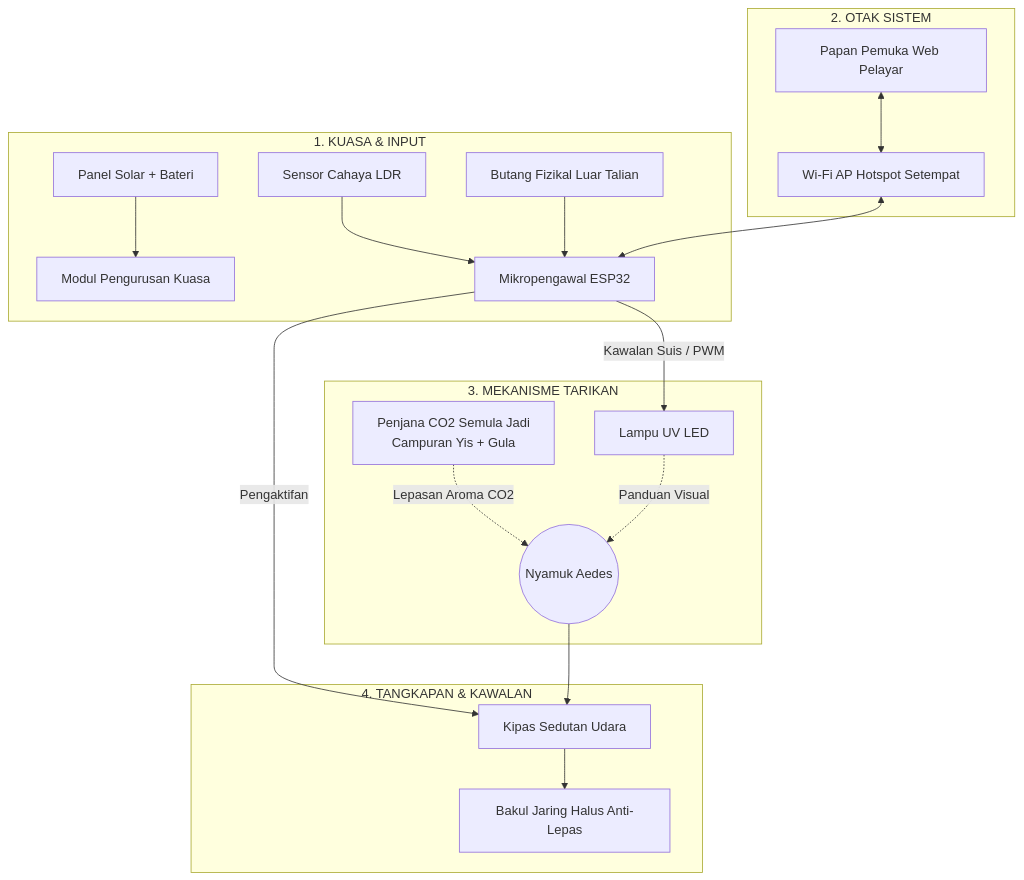
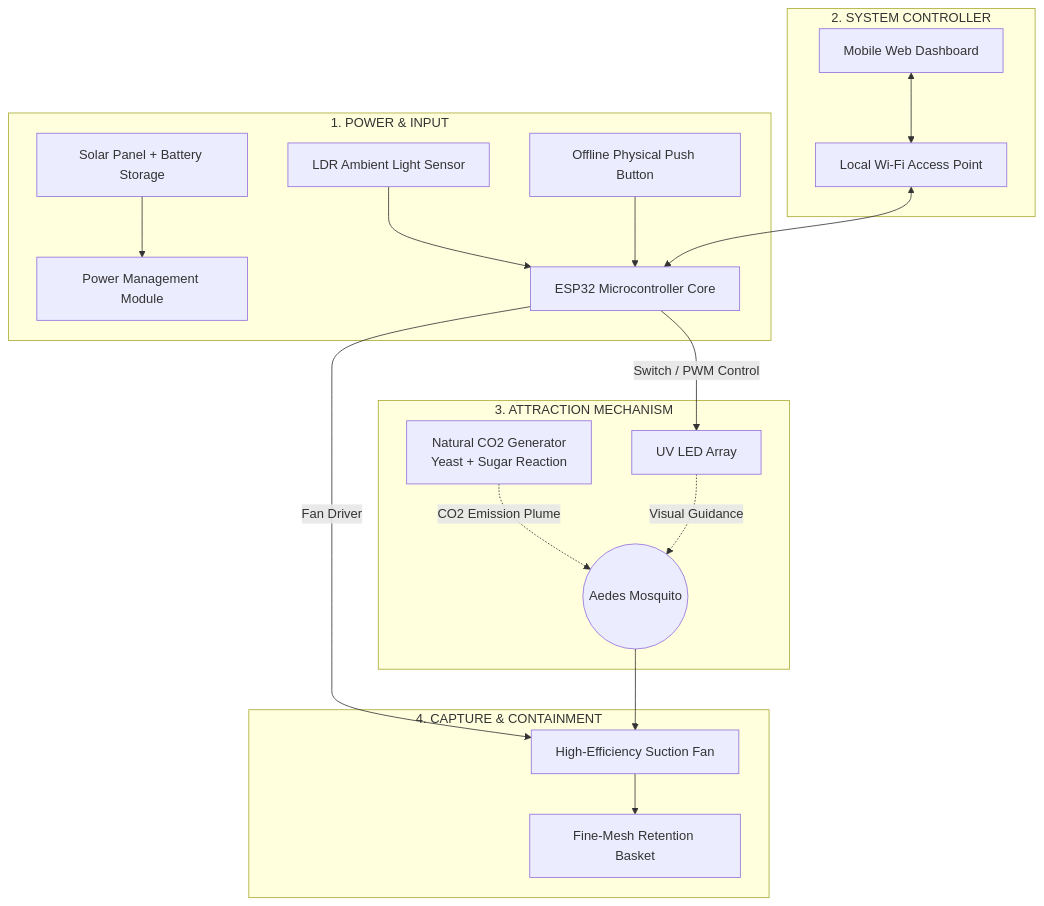
The diagram in README.md (shamsir99/Aedes-X-Landing-page), drawn with Mermaid before and after one commit. The commit also changed other lines of this file, not shown here.

Commit message:
docs: translate and enhance README into comprehensive English version with badges, logo, and diagrams

````diff
--- a/README.md
+++ b/README.md
@@ -67,26 +67,26 @@
 ```mermaid
 graph TD
-    subgraph "1. KUASA & INPUT"
-        Solar[Panel Solar + Bateri] --> PwrMgmt[Modul Pengurusan Kuasa]
-        LDR[Sensor Cahaya LDR] --> ESP32
-        Button[Butang Fizikal Luar Talian] --> ESP32
+    subgraph "1. POWER & INPUT"
+        Solar[Solar Panel + Battery Storage] --> PwrMgmt[Power Management Module]
+        LDR[LDR Ambient Light Sensor] --> ESP32
+        Button[Offline Physical Push Button] --> ESP32
     end
 
-    subgraph "2. OTAK SISTEM"
-        ESP32[Mikropengawal ESP32]
-        AP[Wi-Fi AP Hotspot Setempat] <--> ESP32
-        WebDash[Papan Pemuka Web Pelayar] <--> AP
+    subgraph "2. SYSTEM CONTROLLER"
+        ESP32[ESP32 Microcontroller Core]
+        AP[Local Wi-Fi Access Point] <--> ESP32
+        WebDash[Mobile Web Dashboard] <--> AP
     end
 
-    subgraph "3. MEKANISME TARIKAN"
-        ESP32 -->|Kawalan Suis / PWM| UV[Lampu UV LED]
-        CO2[Penjana CO2 Semula Jadi<br/>Campuran Yis + Gula] -.->|Lepasan Aroma CO2| Nyamuk((Nyamuk Aedes))
-        UV -.->|Panduan Visual| Nyamuk
+    subgraph "3. ATTRACTION MECHANISM"
+        ESP32 -->|Switch / PWM Control| UV[UV LED Array]
+        CO2[Natural CO2 Generator<br/>Yeast + Sugar Reaction] -.->|CO2 Emission Plume| Mosquito((Aedes Mosquito))
+        UV -.->|Visual Guidance| Mosquito
     end
 
-    subgraph "4. TANGKAPAN & KAWALAN"
-        ESP32 -->|Pengaktifan| Fan[Kipas Sedutan Udara]
-        Nyamuk --> Fan
-        Fan --> Mesh[Bakul Jaring Halus Anti-Lepas]
+    subgraph "4. CAPTURE & CONTAINMENT"
+        ESP32 -->|Fan Driver| Fan[High-Efficiency Suction Fan]
+        Mosquito --> Fan
+        Fan --> Mesh[Fine-Mesh Retention Basket]
     end
 ```
````
